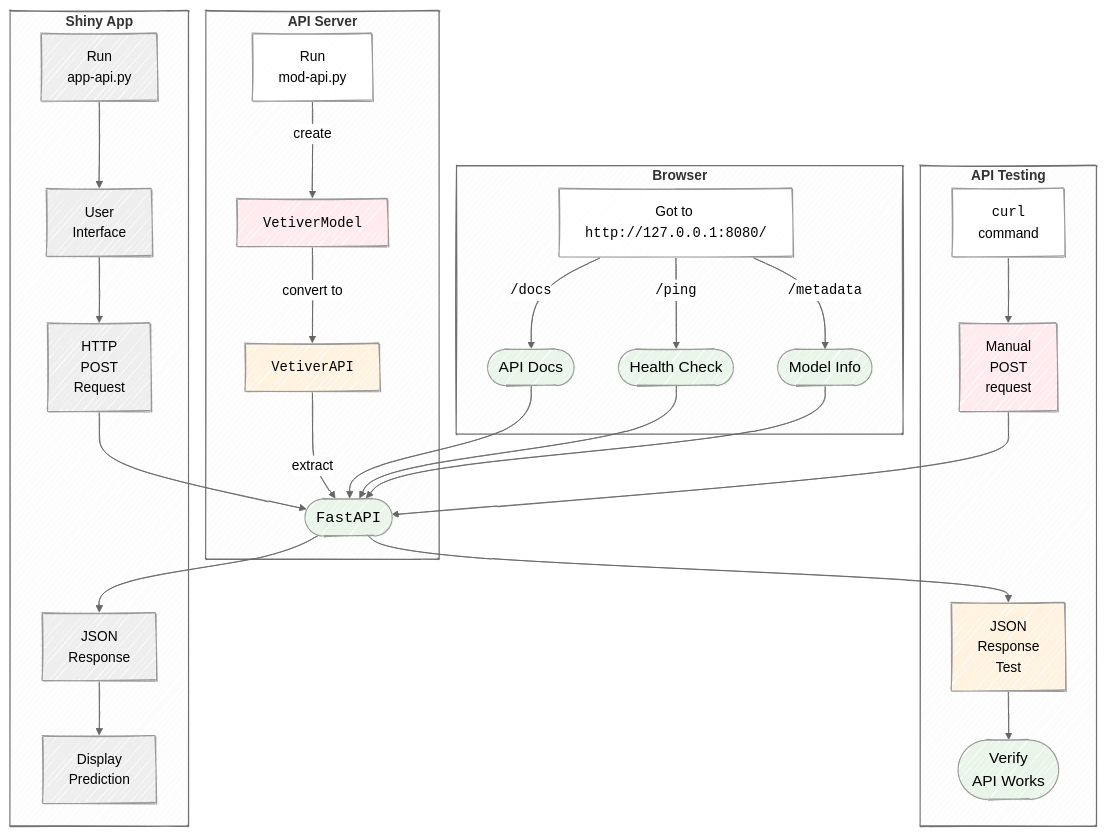
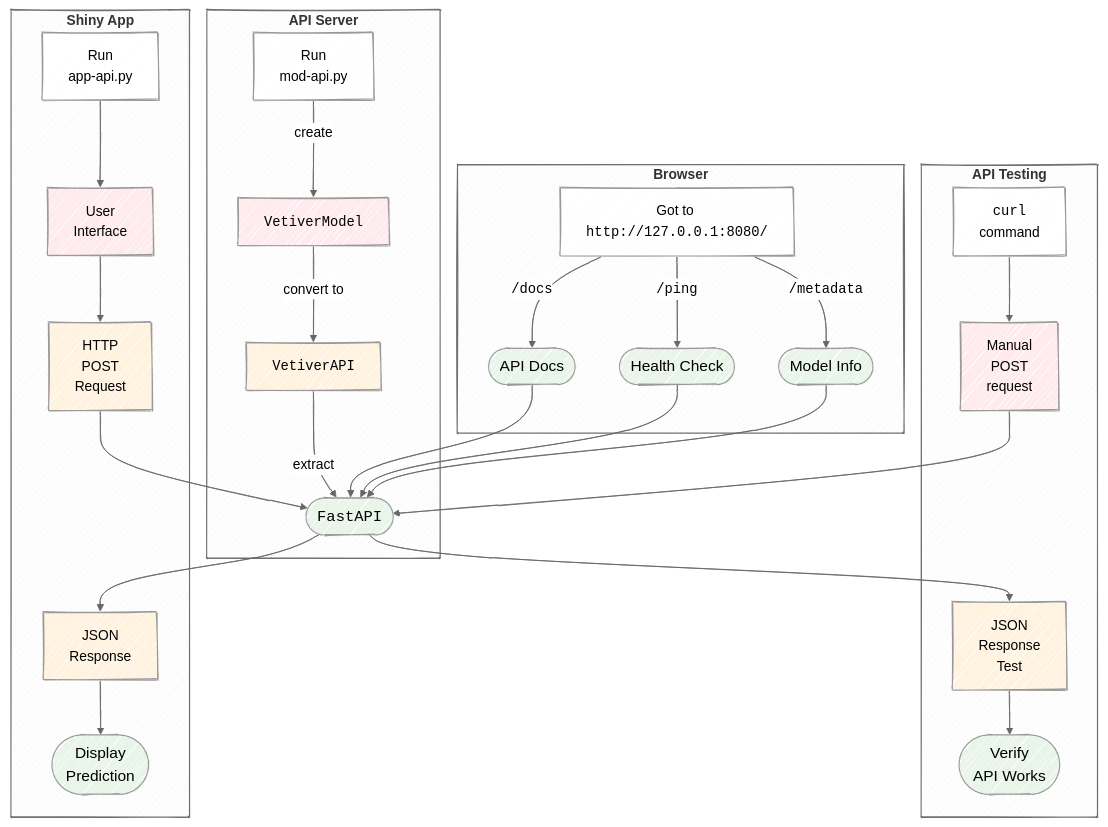
One commit to mjfrigaard/do4ds-labs changed the fourth of 4 diagrams in py-app-api.qmd. Above: the diagram before and after it, drawn with Mermaid. The commit also changed other lines of this file and 21 other files, not shown here.

Commit message:
updates to diagrams

````diff
--- a/py-app-api.qmd
+++ b/py-app-api.qmd
@@ -518,53 +561,55 @@
 ```{mermaid}
-%%| fig-cap: 'Vetiver API creation & testing'
+%%| fig-cap: 'Shiny App, Vetiver API Server, & API testing'
 %%| fig-align: center
 %%{init: {'theme': 'neutral', 'look': 'handDrawn', 'themeVariables': { 'fontFamily': 'monospace'}}}%%
 graph TD
     subgraph T1["<strong>API Server</strong>"]
         RunApi["Run<br>mod-api.py"] --"create"--> VetMod["<code>VetiverModel</code>"]
         VetMod --"convert to"--> VetAPI["<code>VetiverAPI</code>"]
         VetAPI --"extract"--> FastAPI(["<code>FastAPI</code>"])
     end
     
     subgraph T2["<strong>API Testing</strong>"]
         Curl["<code>curl</code><br>command"] --> ManPostReq["Manual<br>POST<br>request"]
         ManPostReq --> FastAPI
         FastAPI --> JSONReq["JSON<br>Response<br>Test"]
         JSONReq --> VerAPI(["Verify<br>API Works"])
     end
     
    subgraph Browse["<strong>Browser</strong>"]
         Http["`Got to <code>http://</code><code>127.0.0.1:8080/</code>`"] --"<code>/docs</code>"--> Docs(["API Docs"])
         Http --"<code>/ping</code>"--> Health(["Health Check"])
         Http --"<code>/metadata</code>"--> Info(["Model Info"])
         Docs & Health & Info --> FastAPI
     end
 
     style Http fill:#FFF,color:#000,rx:20,ry:20,font-size:16px
     style RunApi fill:#FFF,color:#000,rx:20,ry:20,font-size:16px
     style Curl fill:#FFF,color:#000,rx:20,ry:20,font-size:16px
     
     style VetMod fill:#ffebee
     style ManPostReq fill:#ffebee
 
     style JSONReq fill:#fff3e0
     style VetAPI fill:#fff3e0
     
     style VerAPI fill:#e8f5e8,font-size:18px
     style FastAPI fill:#e8f5e8,font-size:18px
     style Docs fill:#e8f5e8,font-size:18px
     style Health fill:#e8f5e8,font-size:18px
     style Info fill:#e8f5e8,font-size:18px
 
     subgraph T3["<strong>Shiny App</strong>"]
        RunApp["Run<br>app-api.py"] --> UI["User<br>Interface"]
        UI --> HttpPostReq["HTTP<br>POST<br>Request"]
        HttpPostReq --> FastAPI
        FastAPI --> JSONResp["JSON<br>Response"]
-       JSONResp --> DispPred["Display<br>Prediction"]
+       JSONResp --> DispPred(["Display<br>Prediction"])
     end
 
-    %% style RunApp fill:#FFF,color:#000,rx:20,ry:20,font-size:16px 
-    %% style HttpPostReq fill:#e1f5fe
-    %% style DispPred fill:#f3e5f5
+    style RunApp fill:#FFF,color:#000
+    style UI fill:#ffebee,color:#000
+    style HttpPostReq fill:#fff3e0,color:#000
+    style JSONResp fill:#fff3e0,color:#000
+    style DispPred fill:#e8f5e8,font-size:18px
 ```
````
